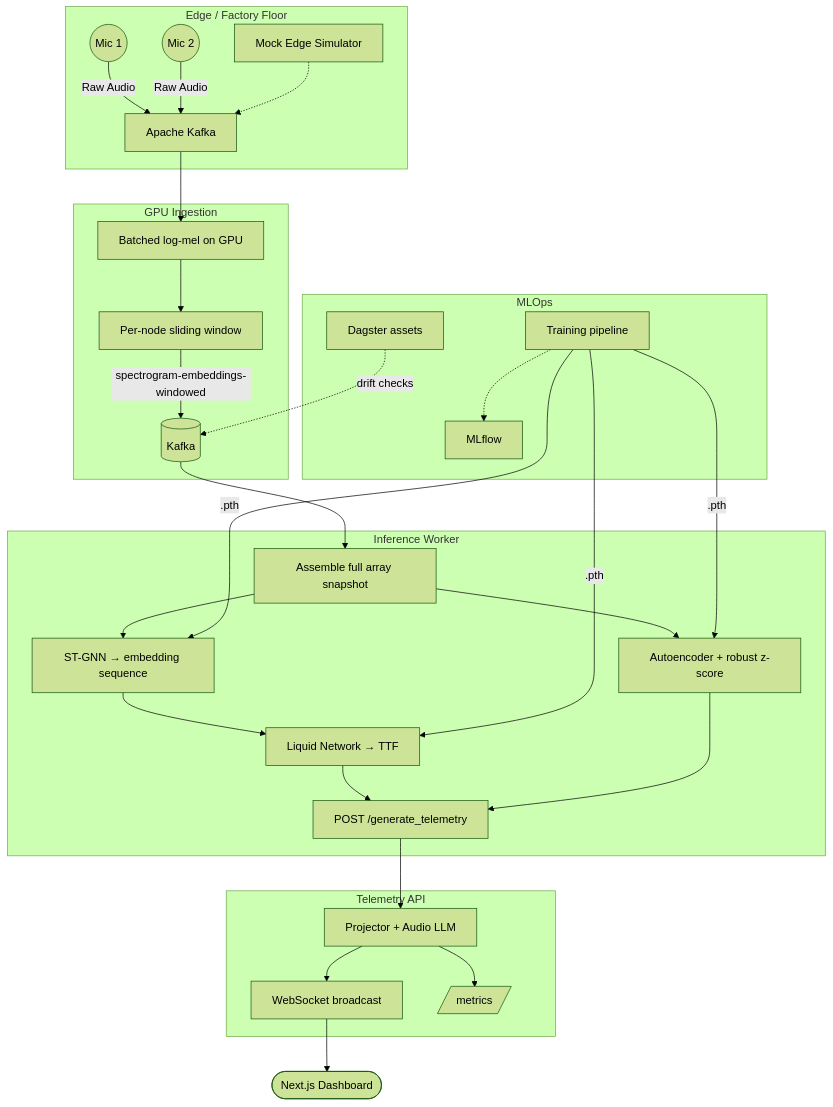
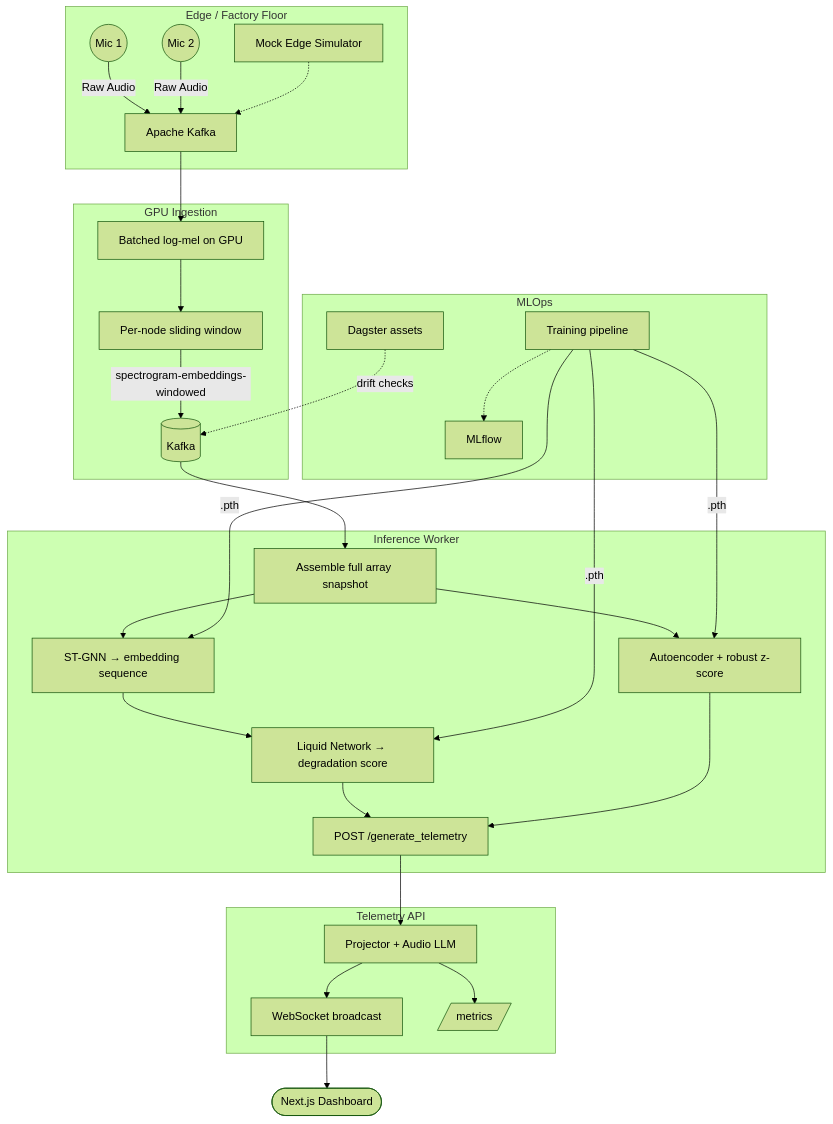
The diagram in README.md (smparc/murmur), drawn with Mermaid (forest theme) before and after one commit. The commit also changed other lines of this file and 36 other files, not shown here.

````diff
--- a/README.md
+++ b/README.md
@@ -20,39 +26,39 @@
 ```mermaid
 graph TD
     subgraph Edge["Edge / Factory Floor"]
         M1((Mic 1)) -->|Raw Audio| K[Apache Kafka]
         M2((Mic 2)) -->|Raw Audio| K
         Sim[Mock Edge Simulator] -.-> K
     end
 
     subgraph Ingest["GPU Ingestion"]
         K --> C[Batched log-mel on GPU]
         C --> W[Per-node sliding window]
         W -->|spectrogram-embeddings-windowed| KT[(Kafka)]
     end
 
     subgraph Worker["Inference Worker"]
         KT --> A[Assemble full array snapshot]
         A --> ST[ST-GNN → embedding sequence]
-        ST --> LNN[Liquid Network → TTF]
+        ST --> LNN[Liquid Network → degradation score]
         A --> AD[Autoencoder + robust z-score]
         LNN --> POST[POST /generate_telemetry]
         AD --> POST
     end
 
     subgraph Serve["Telemetry API"]
         POST --> LLM[Projector + Audio LLM]
         LLM --> WS[WebSocket broadcast]
         LLM --> PM[/metrics/]
     end
 
     WS --> UI([Next.js Dashboard])
 
     subgraph Ops["MLOps"]
         Dagster[Dagster assets] -.->|drift checks| KT
         Train[Training pipeline] -->|.pth| ST
         Train -->|.pth| LNN
         Train -->|.pth| AD
         Train -.-> MLflow[MLflow]
     end
 ```
````
